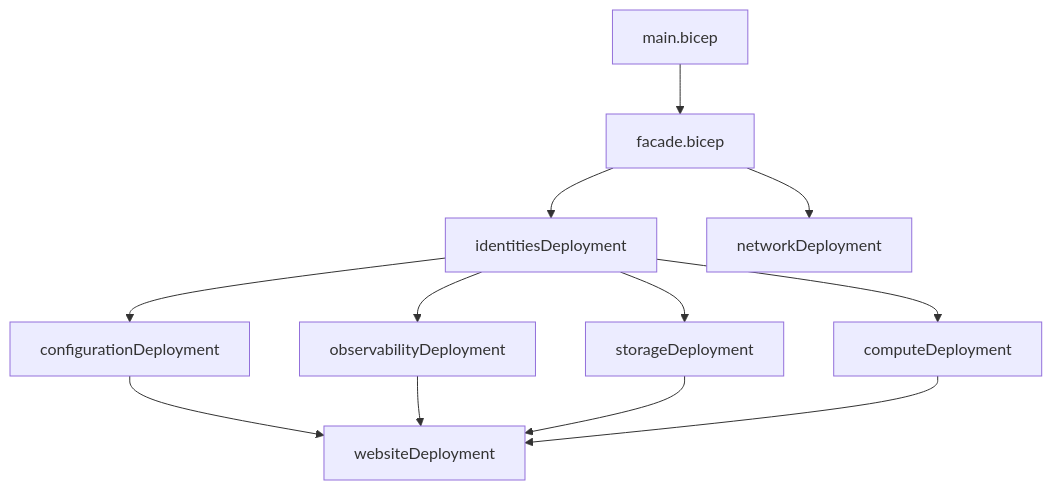
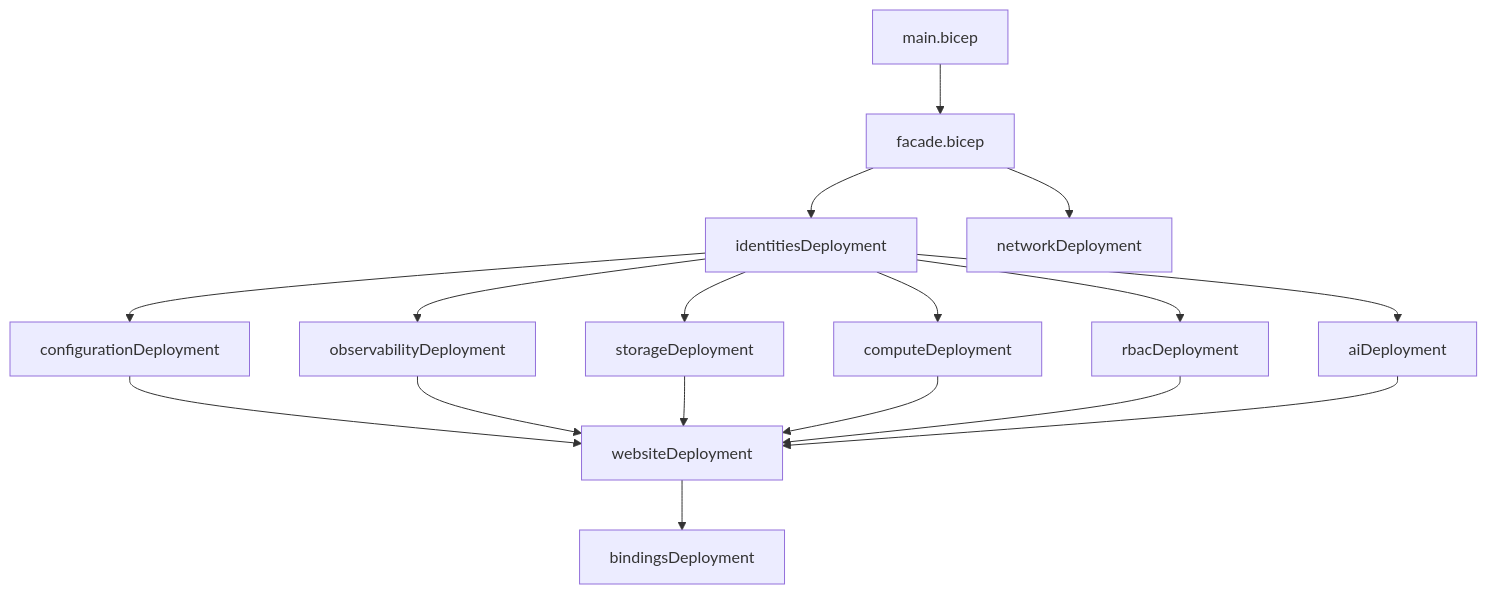
Before and after one commit to arolariu/arolariu.ro: the diagram in infra/Azure/Bicep/README.md, drawn with Mermaid. The commit also changed other lines of this file and 10 other files, not shown here.

````diff
--- a/infra/Azure/Bicep/README.md
+++ b/infra/Azure/Bicep/README.md
@@ -115,15 +121,21 @@
 ```mermaid
 graph TD
     A[main.bicep] --> B[facade.bicep]
     B --> C[identitiesDeployment]
     B --> D[networkDeployment]
     C --> E[configurationDeployment]
     C --> F[observabilityDeployment]
     C --> G[storageDeployment]
     C --> H[computeDeployment]
+    C --> I[rbacDeployment]
+    C --> J[aiDeployment]
 
-    E --> I[websiteDeployment]
-    F --> I
-    G --> I
-    H --> I
+    E --> K[websiteDeployment]
+    F --> K
+    G --> K
+    H --> K
+    I --> K
+    J --> K
+    
+    K --> L[bindingsDeployment]
 ```
````
